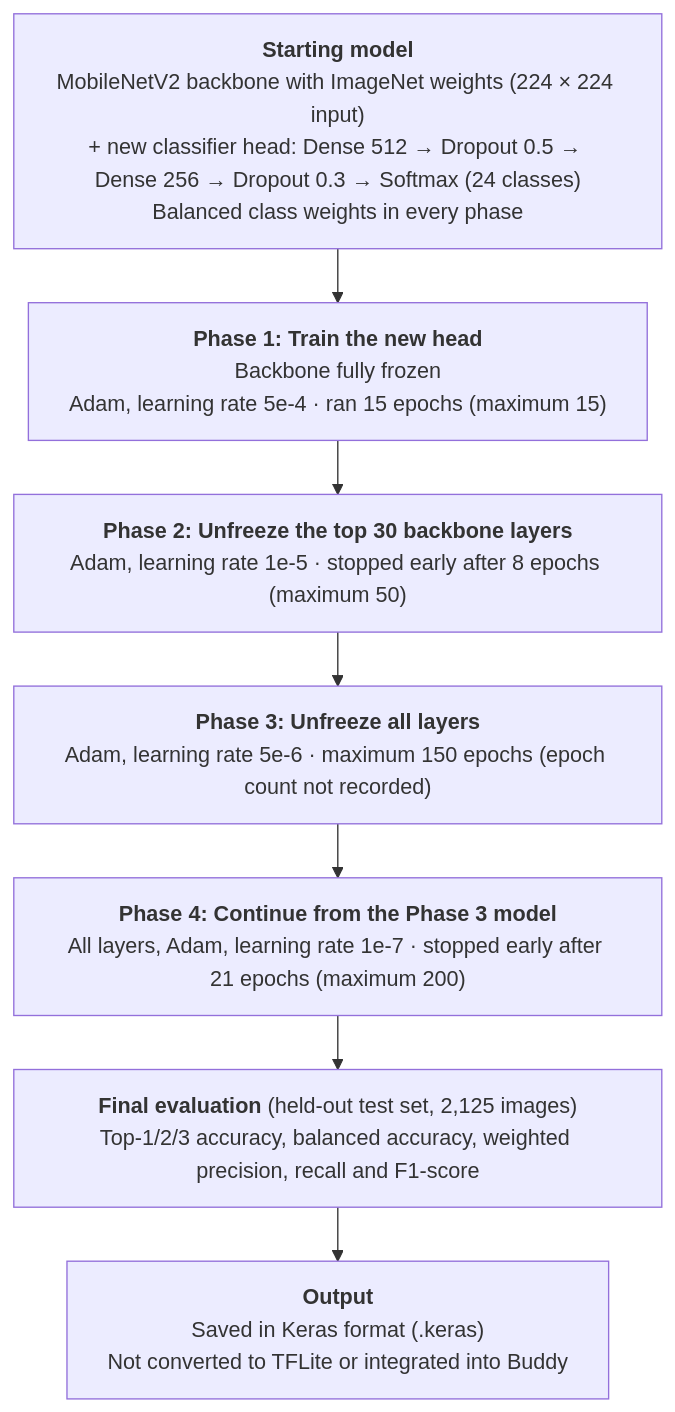
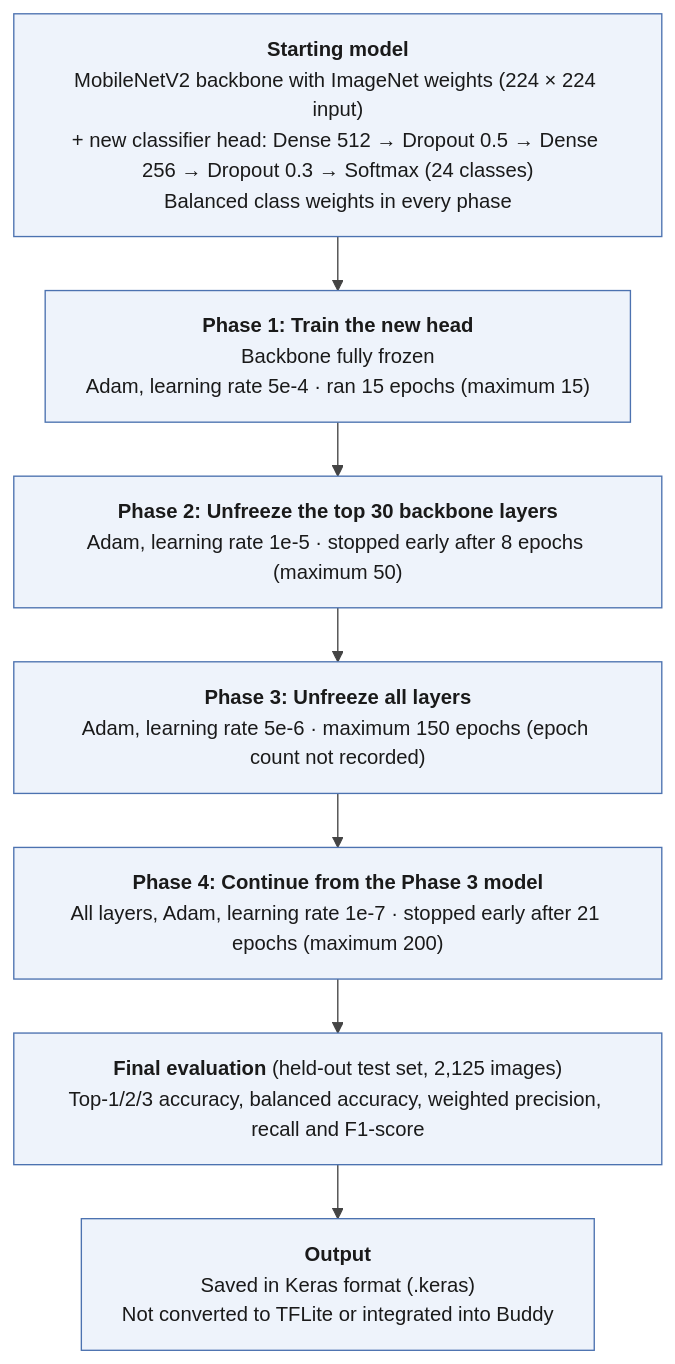
Before and after one commit to ciellamher/easylens: the first of 3 diagrams in docs/figures/07_chapter_4_training_and_cicd.md, drawn with Mermaid. The commit also changed 10 other files, not shown here.

Commit message:
docs(figures): restyle Chapter 3 diagrams to match the appendix figures

````diff
--- a/docs/figures/07_chapter_4_training_and_cicd.md
+++ b/docs/figures/07_chapter_4_training_and_cicd.md
@@ -25,19 +25,19 @@
 ```mermaid
-%%{init: {"flowchart": {"wrappingWidth": 420, "nodeSpacing": 30, "rankSpacing": 40}}}%%
+%%{init: {"theme": "base", "themeVariables": {"primaryColor": "#EEF3FB", "primaryBorderColor": "#4C72B0", "primaryTextColor": "#1A1A1A", "secondaryColor": "#FFF6E5", "tertiaryColor": "#F7F7F7", "lineColor": "#444444", "fontFamily": "arial, sans-serif", "fontSize": "15px", "edgeLabelBackground": "#FFFFFF", "clusterBkg": "#F7F7F7", "clusterBorder": "#9A9A9A", "actorBkg": "#EEF3FB", "actorBorder": "#4C72B0", "actorTextColor": "#1A1A1A", "actorLineColor": "#9A9A9A", "signalColor": "#333333", "signalTextColor": "#1A1A1A", "noteBkgColor": "#F2F2F2", "noteBorderColor": "#9A9A9A", "labelBoxBkgColor": "#F2F2F2", "labelBoxBorderColor": "#9A9A9A", "loopTextColor": "#1A1A1A", "activationBkgColor": "#EEF3FB"}, "flowchart": {"wrappingWidth": 420, "nodeSpacing": 30, "rankSpacing": 40}, "fontFamily": "arial, sans-serif"}}%%
 flowchart TD
     BASE["<b>Starting model</b><br/>MobileNetV2 backbone with ImageNet weights (224 × 224 input)<br/>+ new classifier head: Dense 512 → Dropout 0.5 → Dense 256 → Dropout 0.3 → Softmax (24 classes)<br/>Balanced class weights in every phase"]
 
     P1["<b>Phase 1: Train the new head</b><br/>Backbone fully frozen<br/>Adam, learning rate 5e-4 · ran 15 epochs (maximum 15)"]
 
     P2["<b>Phase 2: Unfreeze the top 30 backbone layers</b><br/>Adam, learning rate 1e-5 · stopped early after 8 epochs (maximum 50)"]
 
     P3["<b>Phase 3: Unfreeze all layers</b><br/>Adam, learning rate 5e-6 · maximum 150 epochs (epoch count not recorded)"]
 
     P4["<b>Phase 4: Continue from the Phase 3 model</b><br/>All layers, Adam, learning rate 1e-7 · stopped early after 21 epochs (maximum 200)"]
 
     EVAL["<b>Final evaluation</b> (held-out test set, 2,125 images)<br/>Top-1/2/3 accuracy, balanced accuracy, weighted precision, recall and F1-score"]
 
     SAVE["<b>Output</b><br/>Saved in Keras format (.keras)<br/>Not converted to TFLite or integrated into Buddy"]
 
     BASE --> P1 --> P2 --> P3 --> P4 --> EVAL --> SAVE
 ```
````
